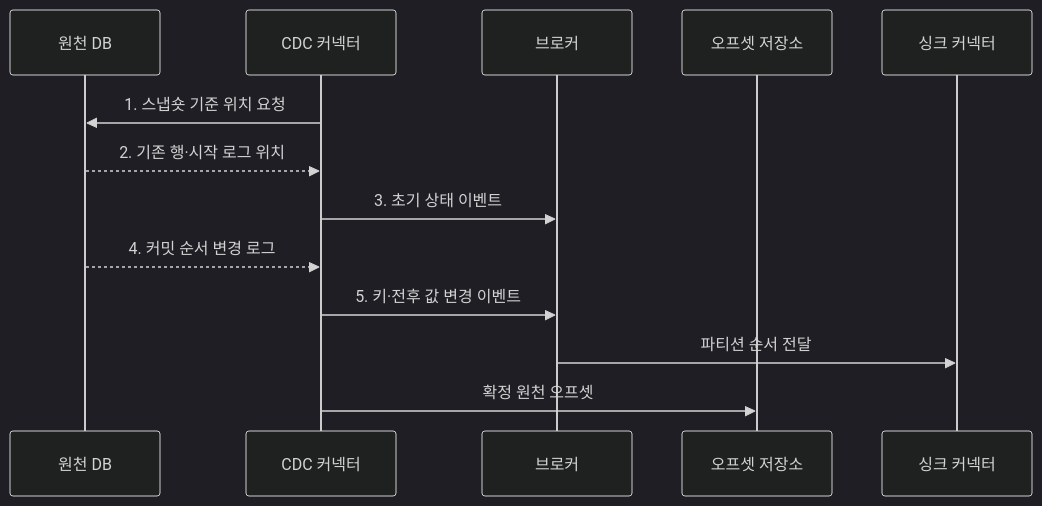
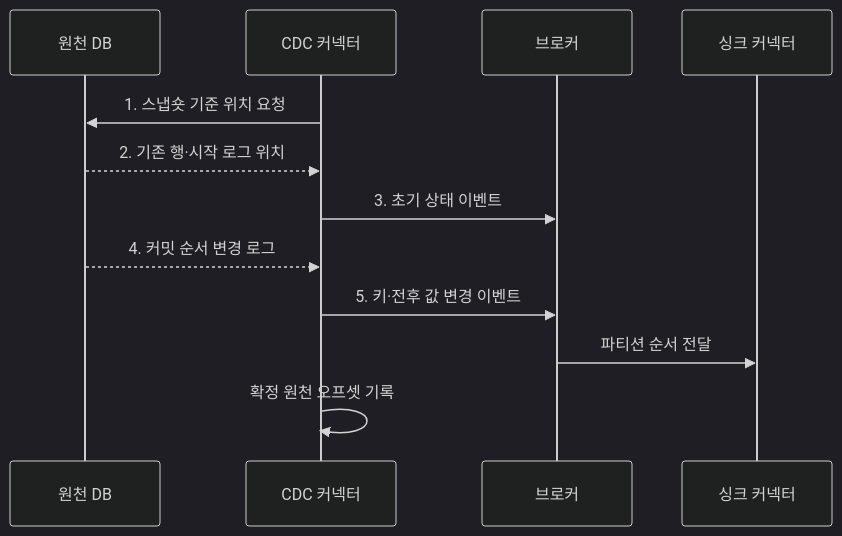
The second of 2 diagrams in src/content/docs/notes/03-software/123_change_data_capture.md (agnusdei1207/knowledge-base), drawn with Mermaid (dark theme) before and after one commit. The commit also changed 9 other files, not shown here.

Commit message:
Trim data engineering diagram actors

````diff
--- a/src/content/docs/notes/03-software/123_change_data_capture.md
+++ b/src/content/docs/notes/03-software/123_change_data_capture.md
@@ -100,15 +100,14 @@
 ```mermaid
 sequenceDiagram
     participant D as 원천 DB
     participant C as CDC 커넥터
     participant B as 브로커
-    participant O as 오프셋 저장소
     participant S as 싱크 커넥터
     C->>D: 1. 스냅숏 기준 위치 요청
     D-->>C: 2. 기존 행·시작 로그 위치
     C->>B: 3. 초기 상태 이벤트
     D-->>C: 4. 커밋 순서 변경 로그
     C->>B: 5. 키·전후 값 변경 이벤트
     B->>S: 파티션 순서 전달
-    C->>O: 확정 원천 오프셋
+    C->>C: 확정 원천 오프셋 기록
 ```
````
